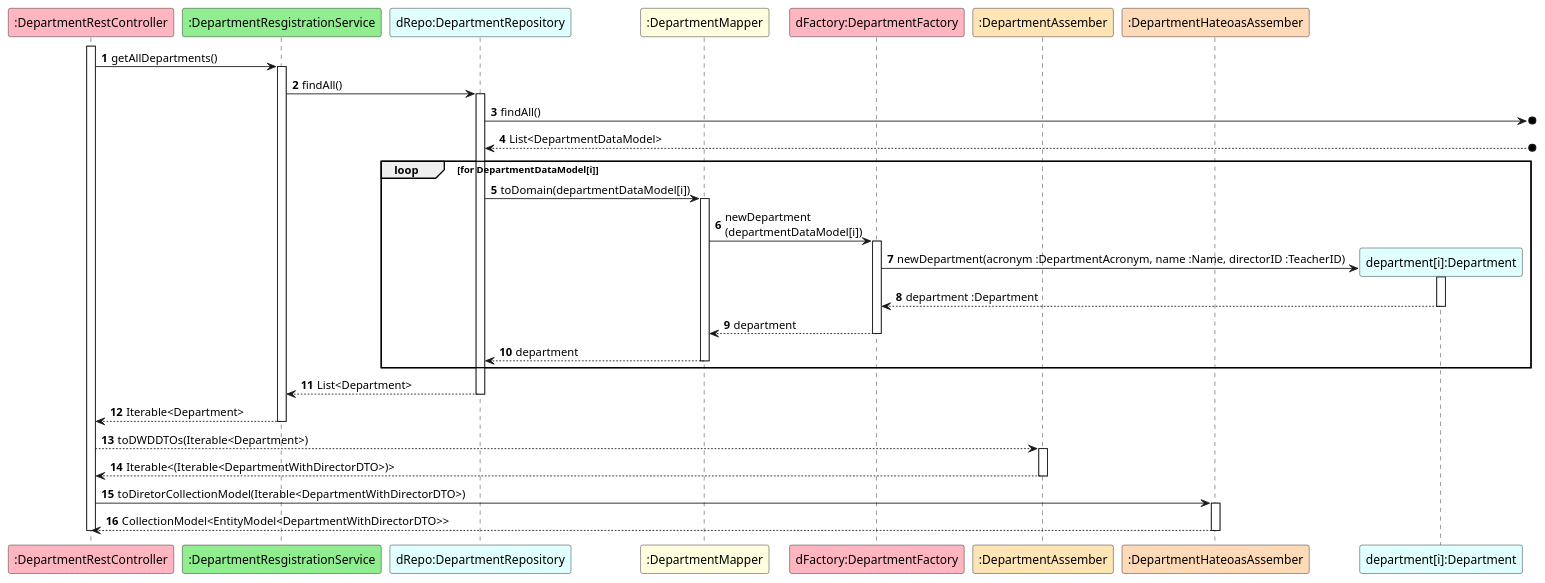
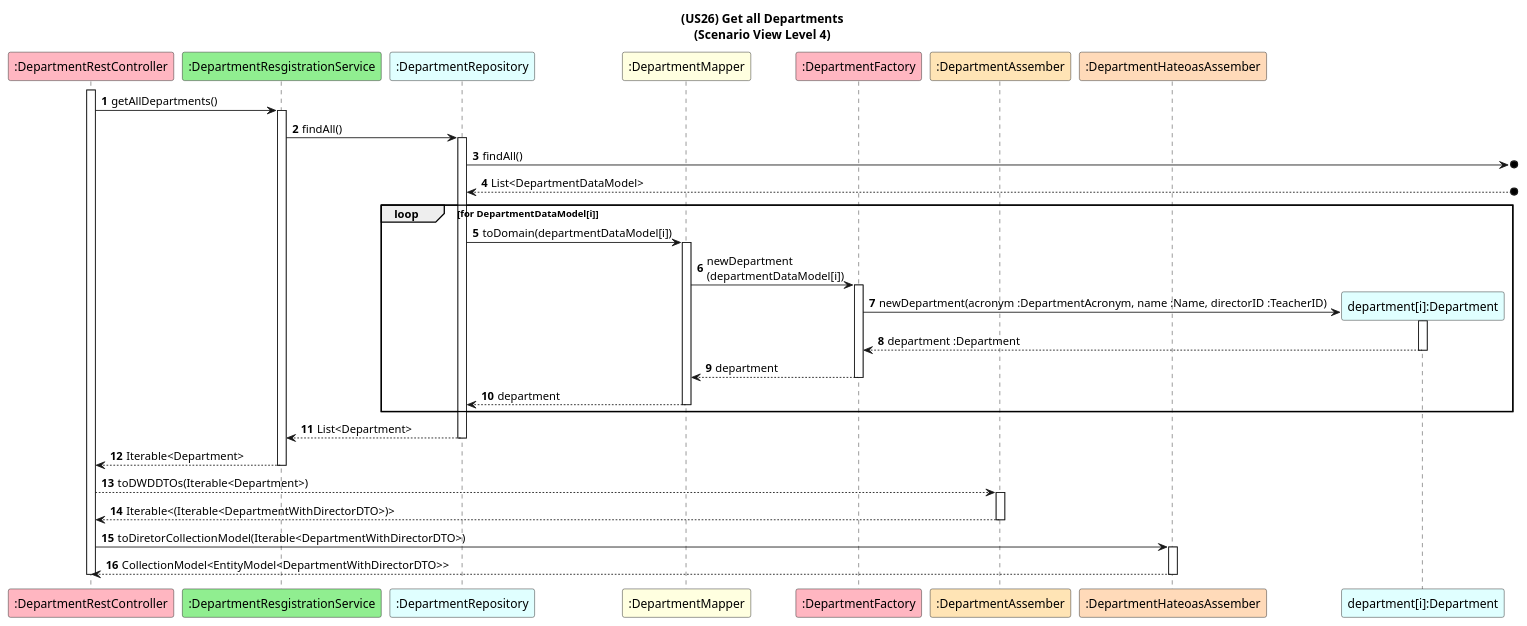
One commit to GasparISEP/DevOps-PAI changed the diagram in docs/US26/Sprint6_RestAPI/ScenarioView/References/Ref-getAllDepartments.puml. Above: the diagram before and after it, drawn with PlantUML. The commit also changed 1 other file, not shown here.

Commit message:
docs: add scenario view Level 4 for US26 (get all school years). Refs #687

```diff
--- a/docs/US26/Sprint6_RestAPI/ScenarioView/References/Ref-getAllDepartments.puml
+++ b/docs/US26/Sprint6_RestAPI/ScenarioView/References/Ref-getAllDepartments.puml
@@ -1,43 +1,46 @@
 @startuml
+
+title (US26) Get all Departments\n(Scenario View Level 4)
+
 autonumber
 
 participant ":DepartmentRestController" as C #lightpink
 participant ":DepartmentResgistrationService" as DS #lightgreen
-participant "dRepo:DepartmentRepository" as DPR #lightcyan
+participant ":DepartmentRepository" as DPR #lightcyan
 participant ":DepartmentMapper" as M #lightyellow
-participant "dFactory:DepartmentFactory" as F #lightpink
+participant ":DepartmentFactory" as F #lightpink
 participant ":DepartmentAssember" as DA #moccasin
 participant ":DepartmentHateoasAssember" as DHA #peachpuff
 
 
 
 participant "department[i]:Department" as DT #lightcyan
 
 activate C
 C -> DS ++: getAllDepartments()
 
 DS -> DPR ++: findAll()
 
 DPR ->o] : findAll()
 DPR <--o] : List<DepartmentDataModel>
 
 loop for DepartmentDataModel[i]
 DPR -> M ++: toDomain(departmentDataModel[i])
 M -> F ++: newDepartment\n(departmentDataModel[i])
 F -> DT**: newDepartment(acronym :DepartmentAcronym, name :Name, directorID :TeacherID)
 activate DT
 DT --> F --: department :Department
 
 F --> M --: department
 M --> DPR --: department
 end
 
 DPR --> DS --: List<Department>
 DS --> C --: Iterable<Department>
 C --> DA ++: toDWDDTOs(Iterable<Department>)
 
 DA --> C --: Iterable<(Iterable<DepartmentWithDirectorDTO>)>
 C -> DHA ++: toDiretorCollectionModel(Iterable<DepartmentWithDirectorDTO>)
 DHA --> C --: CollectionModel<EntityModel<DepartmentWithDirectorDTO>>
 deactivate C
 @enduml
```
